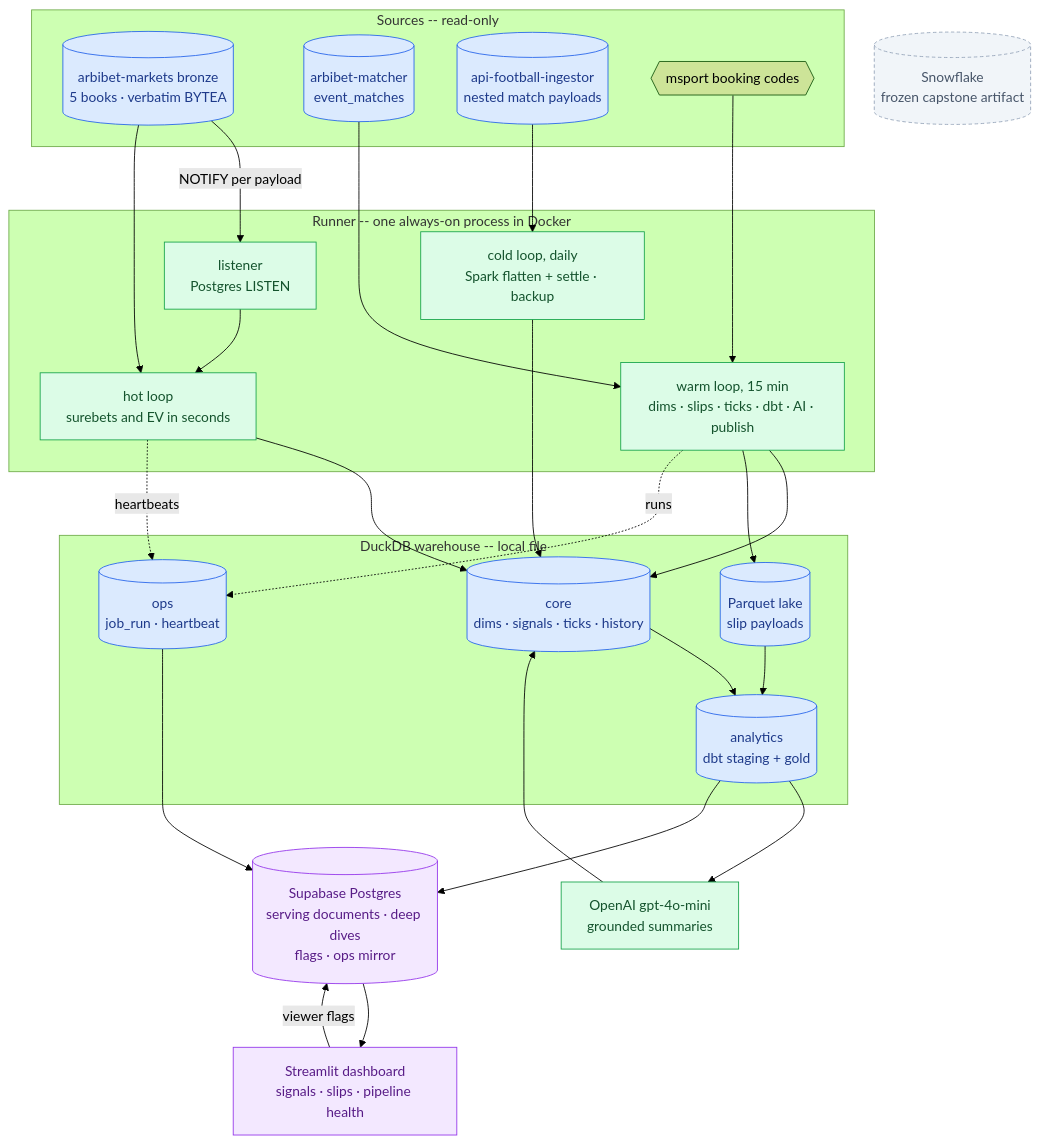
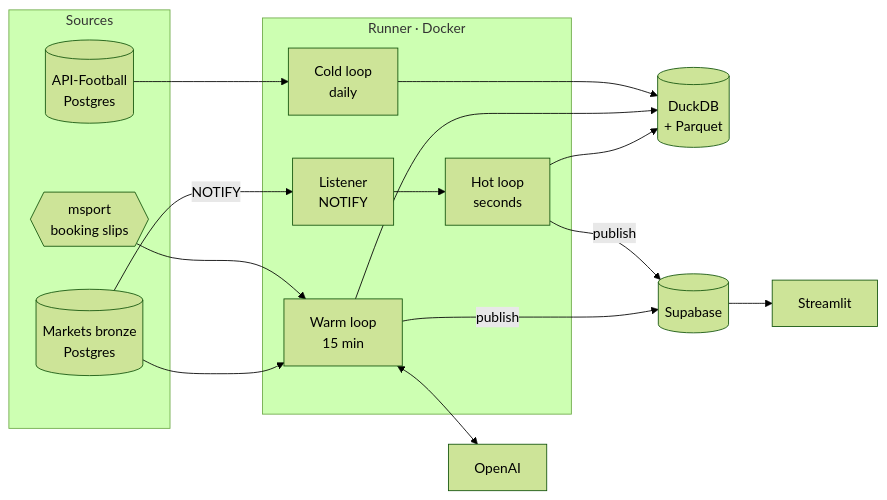
The first of 2 diagrams in README.md (bankijey/arbibet-capstone), drawn with Mermaid (forest theme) before and after one commit. The commit also changed other lines of this file, not shown here.

Commit message:
README: shorter, with previous and current architecture

````diff
--- a/README.md
+++ b/README.md
@@ -31,56 +31,30 @@
 ```mermaid
-flowchart TB
-  subgraph SRC["Sources -- read-only"]
-    bronze[("arbibet-markets bronze<br/>5 books · verbatim BYTEA")]
-    match[("arbibet-matcher<br/>event_matches")]
-    ingestor[("api-football-ingestor<br/>nested match payloads")]
-    msport{{"msport booking codes"}}
+flowchart LR
+  subgraph SRC[Sources]
+    bronze[(Markets bronze<br/>Postgres)]
+    hist[(API-Football<br/>Postgres)]
+    slips{{msport<br/>booking slips}}
   end
+  subgraph RUN[Runner · Docker]
+    listen[Listener<br/>NOTIFY]
+    hot[Hot loop<br/>seconds]
+    warm[Warm loop<br/>15 min]
+    cold[Cold loop<br/>daily]
+  end
+  duck[(DuckDB<br/>+ Parquet)]
+  ai[OpenAI]
+  sb[(Supabase)]
+  st[Streamlit]
 
-  subgraph RUN["Runner -- one always-on process in Docker"]
-    listener["listener<br/>Postgres LISTEN"]
-    hot["hot loop<br/>surebets and EV in seconds"]
-    warm["warm loop, 15 min<br/>dims · slips · ticks · dbt · AI · publish"]
-    cold["cold loop, daily<br/>Spark flatten + settle · backup"]
-  end
-
-  subgraph WH["DuckDB warehouse -- local file"]
-    core[("core<br/>dims · signals · ticks · history")]
-    lake[("Parquet lake<br/>slip payloads")]
-    gold[("analytics<br/>dbt staging + gold")]
-    ops[("ops<br/>job_run · heartbeat")]
-  end
-
-  ai["OpenAI gpt-4o-mini<br/>grounded summaries"]
-  sb[("Supabase Postgres<br/>serving documents · deep dives<br/>flags · ops mirror")]
-  st["Streamlit dashboard<br/>signals · slips · pipeline health"]
-  sf[("Snowflake<br/>frozen capstone artifact")]
-
-  bronze -- "NOTIFY per payload" --> listener --> hot
-  bronze --> hot
-  match --> warm
-  msport --> warm
-  ingestor --> cold
-  hot --> core
-  warm --> core
-  warm --> lake
-  cold --> core
-  core --> gold
-  lake --> gold
-  gold --> ai --> core
-  hot -. heartbeats .-> ops
-  warm -. runs .-> ops
-  gold --> sb
-  ops --> sb
+  bronze -- NOTIFY --> listen --> hot
+  bronze --> warm
+  slips --> warm
+  hist --> cold
+  hot --> duck
+  warm --> duck
+  cold --> duck
+  warm <--> ai
+  warm -- publish --> sb
+  hot -- publish --> sb
   sb --> st
-  st -- "viewer flags" --> sb
-
-  classDef store fill:#dbeafe,stroke:#2563eb,color:#1e3a8a
-  classDef proc fill:#dcfce7,stroke:#16a34a,color:#14532d
-  classDef cloud fill:#f3e8ff,stroke:#9333ea,color:#581c87
-  classDef old fill:#f1f5f9,stroke:#94a3b8,color:#475569,stroke-dasharray: 4 3
-  class bronze,match,ingestor,core,lake,gold,ops store
-  class listener,hot,warm,cold,ai proc
-  class sb,st cloud
-  class sf old
 ```
````
